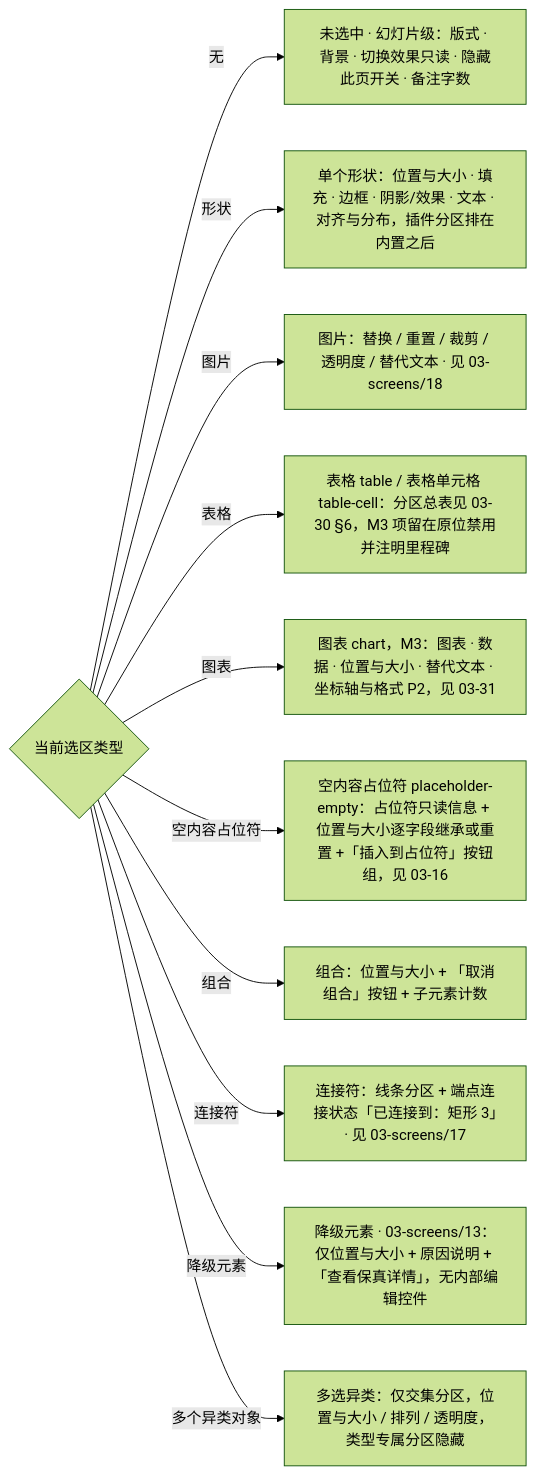
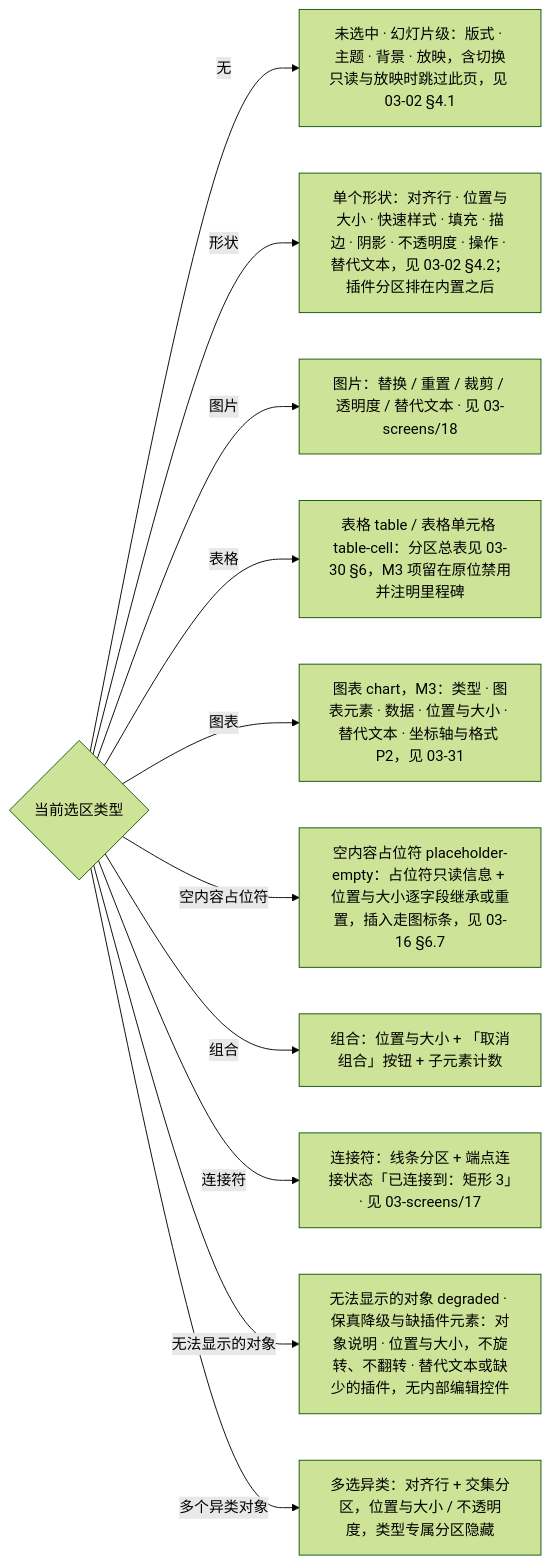
The first of 2 diagrams in docs/20-design/03-screens/03-properties-panel.md (Xeonice/cordis-ppt-editor), drawn with Mermaid (forest theme) before and after one commit. The commit also changed other lines of this file and 44 other files, not shown here.

````diff
--- a/docs/20-design/03-screens/03-properties-panel.md
+++ b/docs/20-design/03-screens/03-properties-panel.md
@@ -117,24 +125,24 @@
 ```mermaid
 flowchart LR
   sel{"当前选区类型"}
-  pNone["未选中 · 幻灯片级：版式 · 背景 · 切换效果只读 · 隐藏此页开关 · 备注字数"]
-  pShape["单个形状：位置与大小 · 填充 · 边框 · 阴影/效果 · 文本 · 对齐与分布，插件分区排在内置之后"]
+  pNone["未选中 · 幻灯片级：版式 · 主题 · 背景 · 放映，含切换只读与放映时跳过此页，见 03-02 §4.1"]
+  pShape["单个形状：对齐行 · 位置与大小 · 快速样式 · 填充 · 描边 · 阴影 · 不透明度 · 操作 · 替代文本，见 03-02 §4.2；插件分区排在内置之后"]
   pImg["图片：替换 / 重置 / 裁剪 / 透明度 / 替代文本 · 见 03-screens/18"]
   pTable["表格 table / 表格单元格 table-cell：分区总表见 03-30 §6，M3 项留在原位禁用并注明里程碑"]
-  pChart["图表 chart，M3：图表 · 数据 · 位置与大小 · 替代文本 · 坐标轴与格式 P2，见 03-31"]
-  pPh["空内容占位符 placeholder-empty：占位符只读信息 + 位置与大小逐字段继承或重置 +「插入到占位符」按钮组，见 03-16"]
+  pChart["图表 chart，M3：类型 · 图表元素 · 数据 · 位置与大小 · 替代文本 · 坐标轴与格式 P2，见 03-31"]
+  pPh["空内容占位符 placeholder-empty：占位符只读信息 + 位置与大小逐字段继承或重置，插入走图标条，见 03-16 §6.7"]
   pGroup["组合：位置与大小 + 「取消组合」按钮 + 子元素计数"]
   pCxn["连接符：线条分区 + 端点连接状态「已连接到：矩形 3」· 见 03-screens/17"]
-  pDeg["降级元素 · 03-screens/13：仅位置与大小 + 原因说明 + 「查看保真详情」，无内部编辑控件"]
-  pMulti["多选异类：仅交集分区，位置与大小 / 排列 / 透明度，类型专属分区隐藏"]
+  pDeg["无法显示的对象 degraded · 保真降级与缺插件元素：对象说明 · 位置与大小，不旋转、不翻转 · 替代文本或缺少的插件，无内部编辑控件"]
+  pMulti["多选异类：对齐行 + 交集分区，位置与大小 / 不透明度，类型专属分区隐藏"]
   sel -->|"无"| pNone
   sel -->|"形状"| pShape
   sel -->|"图片"| pImg
   sel -->|"表格"| pTable
   sel -->|"图表"| pChart
   sel -->|"空内容占位符"| pPh
   sel -->|"组合"| pGroup
   sel -->|"连接符"| pCxn
-  sel -->|"降级元素"| pDeg
+  sel -->|"无法显示的对象"| pDeg
   sel -->|"多个异类对象"| pMulti
 ```
````
